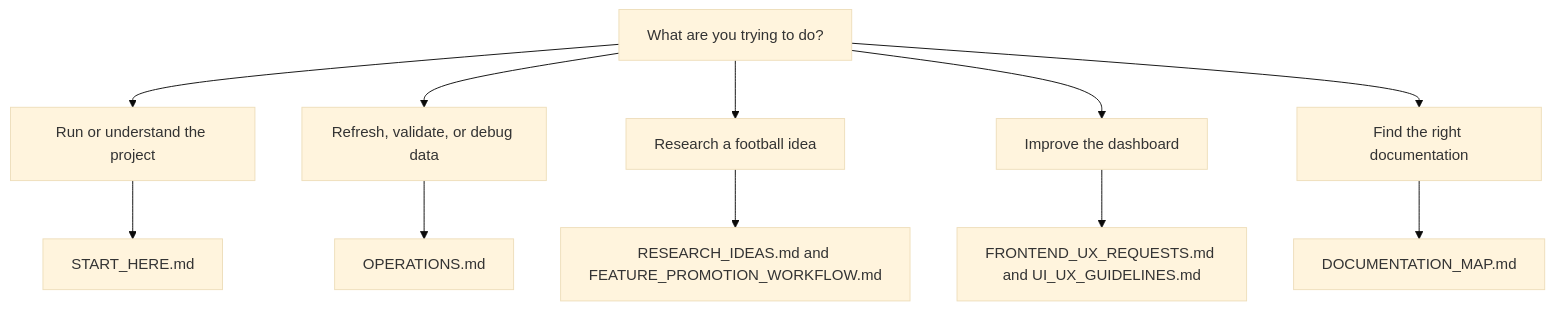
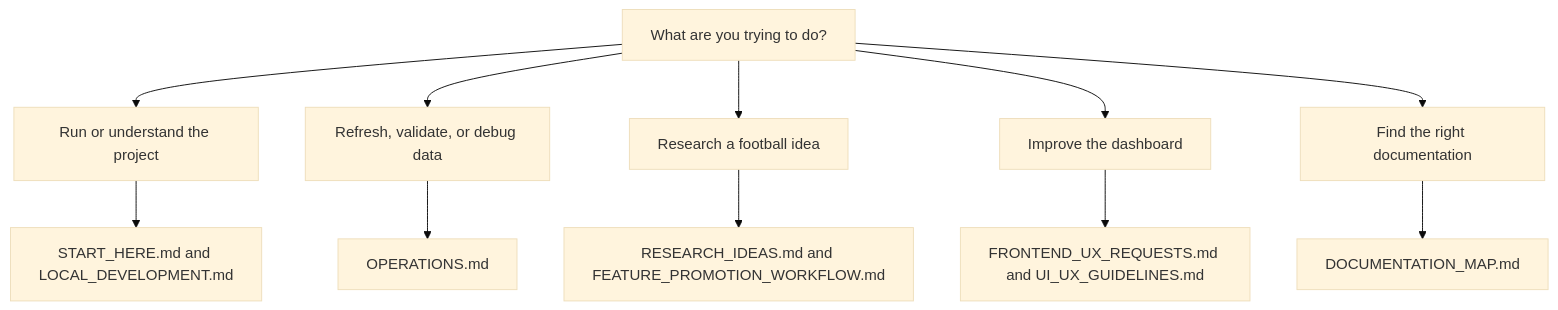
One commit to humphrey-nyanzi/upl-lens changed the diagram in docs/DOCUMENTATION_MAP.md. Above: the diagram before and after it, drawn with Mermaid (base theme). The commit also changed other lines of this file and 6 other files, not shown here.

Commit message:
Add local development guide links

````diff
--- a/docs/DOCUMENTATION_MAP.md
+++ b/docs/DOCUMENTATION_MAP.md
@@ -12,15 +12,15 @@
 ```mermaid
 flowchart TD
     A["What are you trying to do?"]
     A --> B["Run or understand the project"]
     A --> C["Refresh, validate, or debug data"]
     A --> D["Research a football idea"]
     A --> E["Improve the dashboard"]
     A --> F["Find the right documentation"]
 
-    B --> B1["START_HERE.md"]
+    B --> B1["START_HERE.md and LOCAL_DEVELOPMENT.md"]
     C --> C1["OPERATIONS.md"]
     D --> D1["RESEARCH_IDEAS.md and FEATURE_PROMOTION_WORKFLOW.md"]
     E --> E1["FRONTEND_UX_REQUESTS.md and UI_UX_GUIDELINES.md"]
     F --> F1["DOCUMENTATION_MAP.md"]
 ```
````
